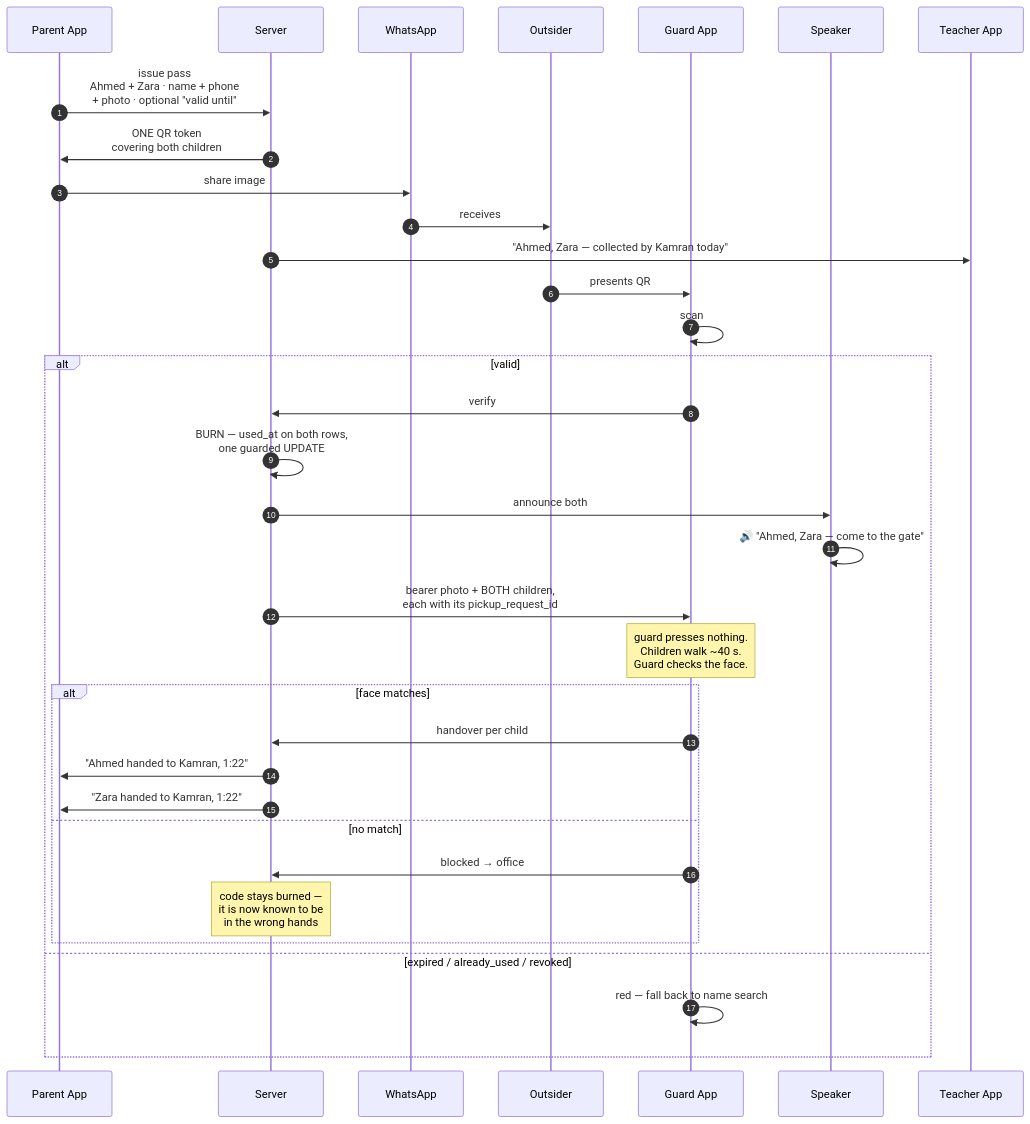
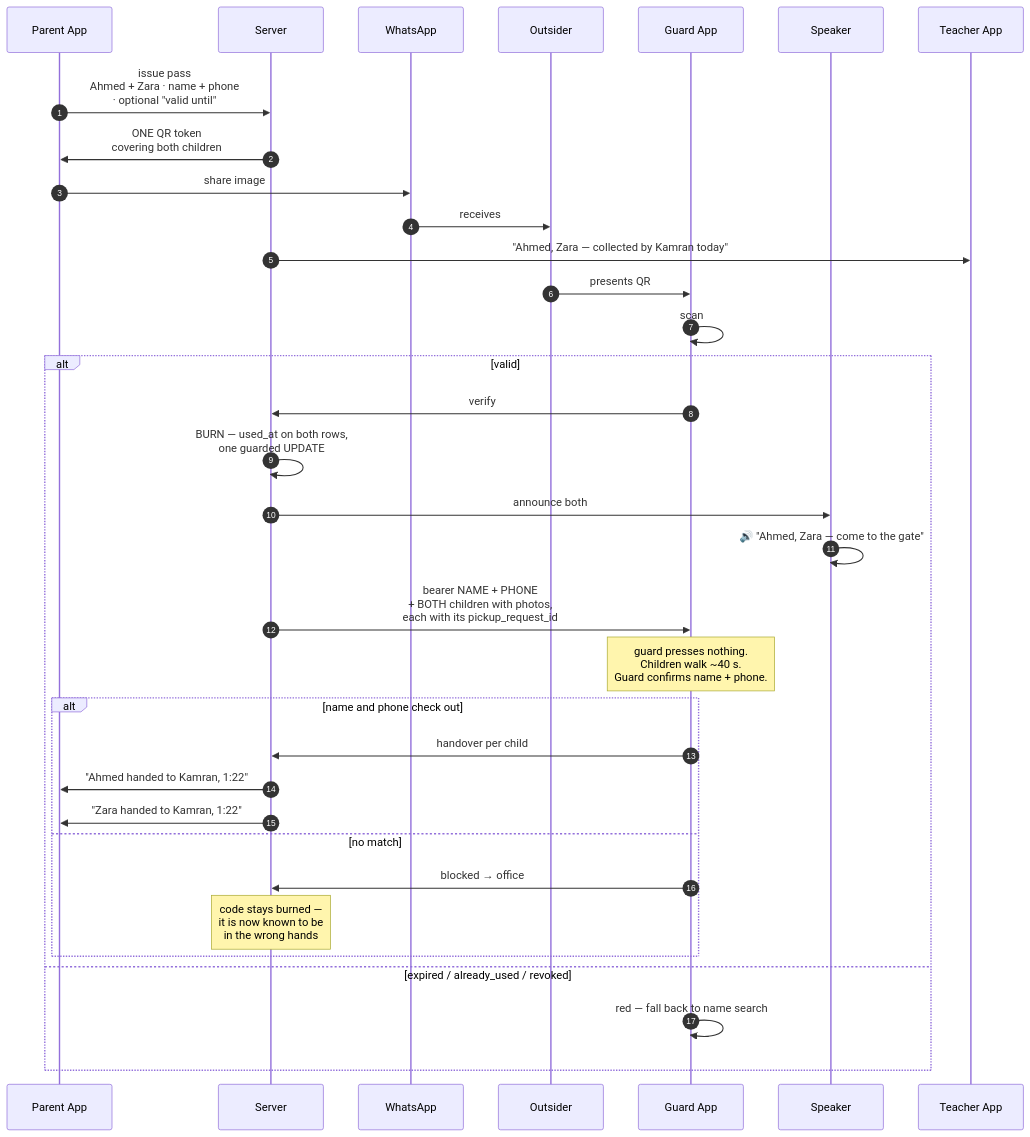
Before and after one commit to Tehman700/Pasha_ICT_Project: the ninth of 12 diagrams in docs/DIAGRAMS.md, drawn with Mermaid. The commit also changed other lines of this file and 3 other files, not shown here.

First line of the commit message:
Passes: drop the bearer photo entirely

````diff
--- a/docs/DIAGRAMS.md
+++ b/docs/DIAGRAMS.md
@@ -718,39 +727,39 @@
 ```mermaid
 sequenceDiagram
     autonumber
     participant P as Parent App
     participant API as Server
     participant W as WhatsApp
     participant K as Outsider
     participant GA as Guard App
     participant SPK as Speaker
     participant TA as Teacher App
 
-    P->>API: issue pass<br/>Ahmed + Zara · name + phone<br/>+ photo · optional "valid until"
+    P->>API: issue pass<br/>Ahmed + Zara · name + phone<br/>· optional "valid until"
     API->>P: ONE QR token<br/>covering both children
     P->>W: share image
     W->>K: receives
     API->>TA: "Ahmed, Zara — collected by Kamran today"
 
     K->>GA: presents QR
     GA->>GA: scan
 
     alt valid
         GA->>API: verify
         API->>API: BURN — used_at on both rows,<br/>one guarded UPDATE
         API->>SPK: announce both
         SPK->>SPK: 🔊 "Ahmed, Zara — come to the gate"
-        API->>GA: bearer photo + BOTH children,<br/>each with its pickup_request_id
-        Note over GA: guard presses nothing.<br/>Children walk ~40 s.<br/>Guard checks the face.
-        alt face matches
+        API->>GA: bearer NAME + PHONE<br/>+ BOTH children with photos,<br/>each with its pickup_request_id
+        Note over GA: guard presses nothing.<br/>Children walk ~40 s.<br/>Guard confirms name + phone.
+        alt name and phone check out
             GA->>API: handover per child
             API->>P: "Ahmed handed to Kamran, 1:22"
             API->>P: "Zara handed to Kamran, 1:22"
         else no match
             GA->>API: blocked → office
             Note over API: code stays burned —<br/>it is now known to be<br/>in the wrong hands
         end
     else expired / already_used / revoked
         GA->>GA: red — fall back to name search
     end
 ```
````
